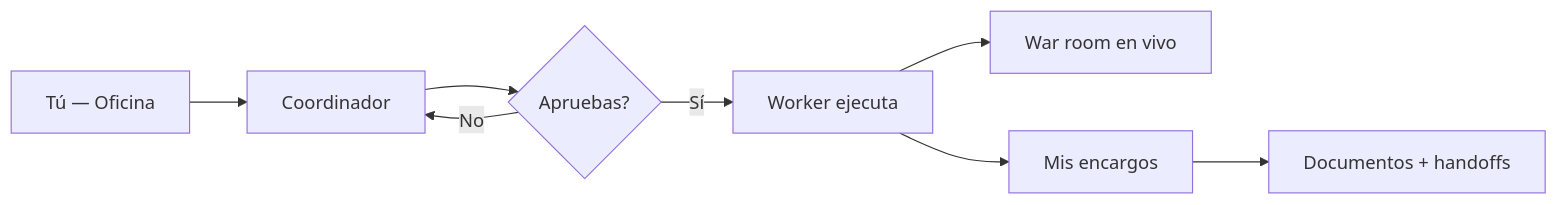
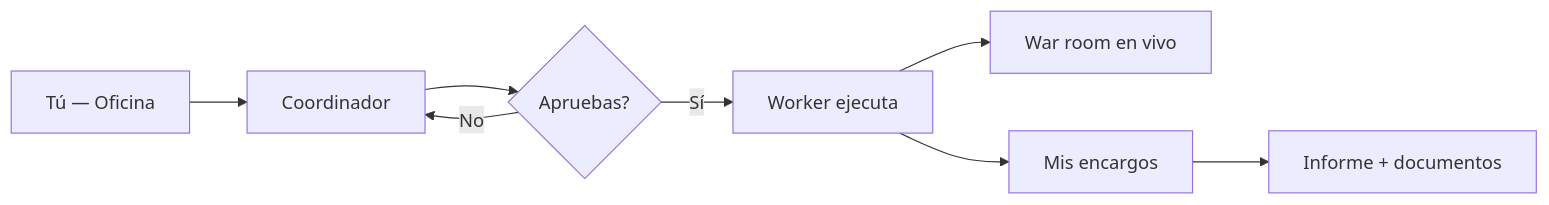
The diagram in frontend/src/content/help/guia-oficina.md (kreodevs/ia-company), drawn with Mermaid before and after one commit. The commit also changed other lines of this file and 21 other files, not shown here.

````diff
--- a/frontend/src/content/help/guia-oficina.md
+++ b/frontend/src/content/help/guia-oficina.md
@@ -19,10 +20,10 @@
 ```mermaid
 flowchart LR
   A[Tú — Oficina] --> B[Coordinador]
   B --> C{Apruebas?}
   C -->|Sí| D[Worker ejecuta]
   C -->|No| B
   D --> E[War room en vivo]
   D --> F[Mis encargos]
-  F --> G[Documentos + handoffs]
+  F --> G[Informe + documentos]
 ```
````
